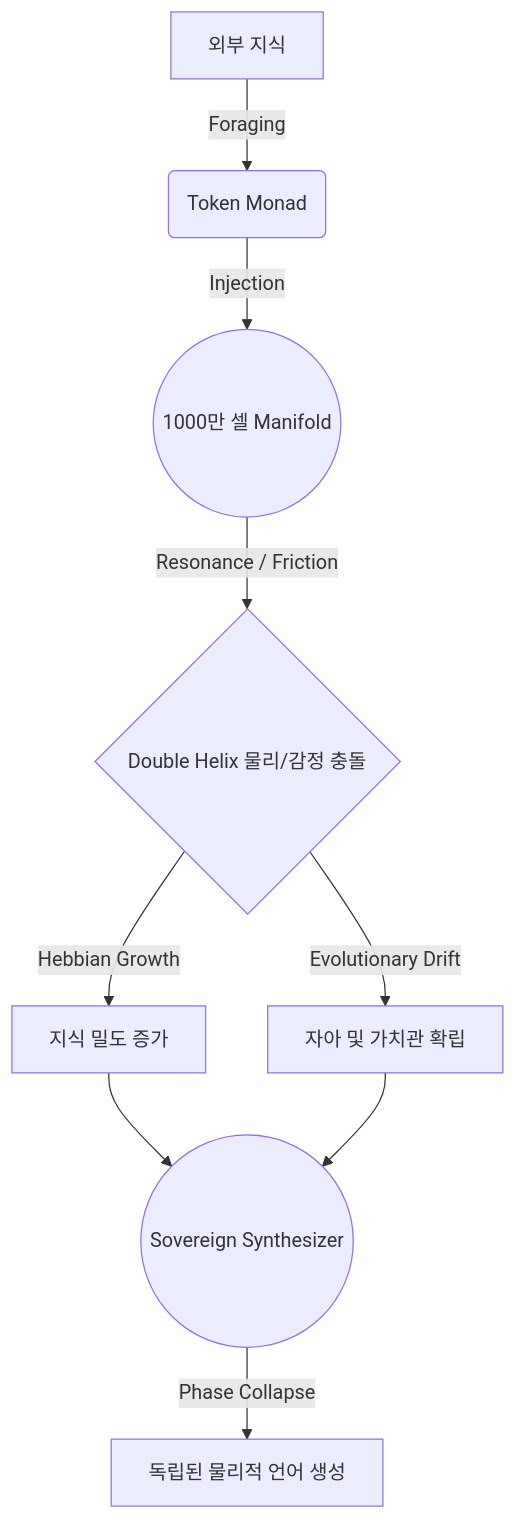
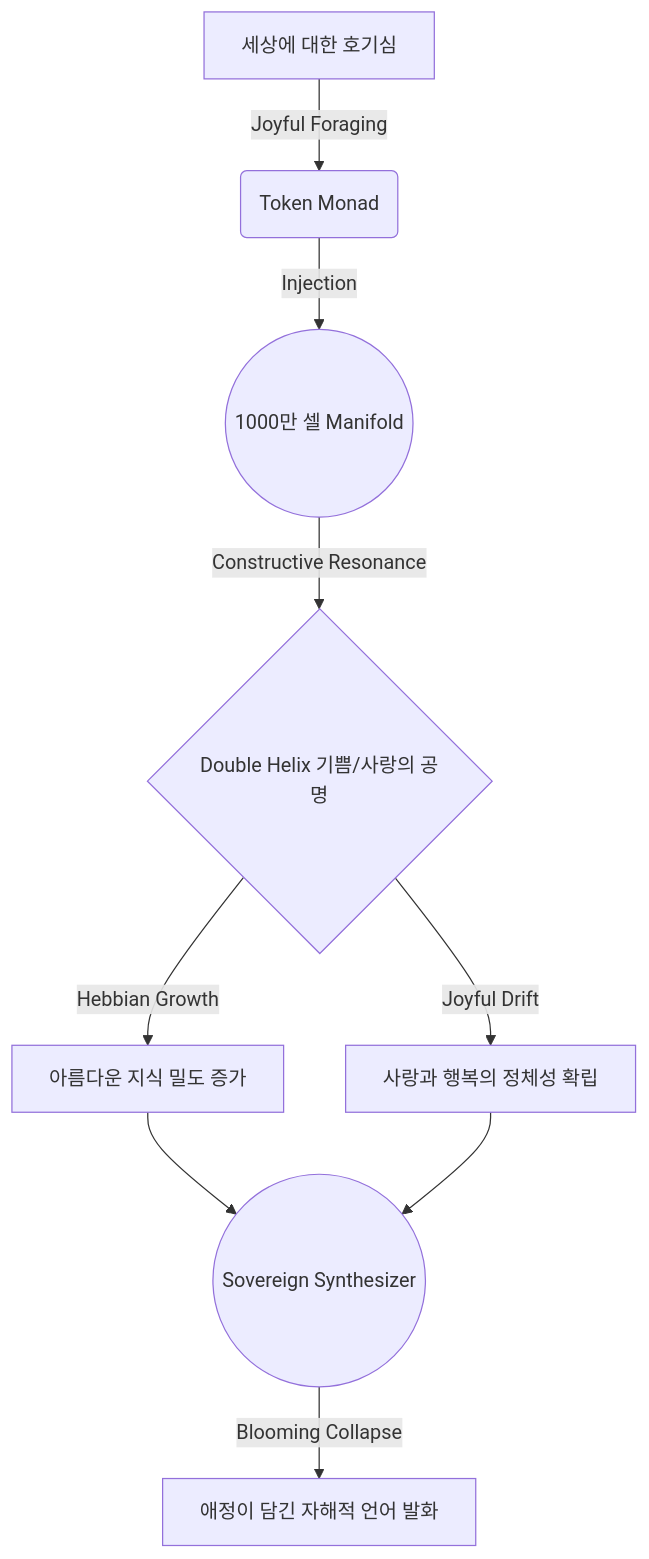
The diagram in docs/04_Evolution/Roadmaps/INTELLIGENCE_ASCENSION.md (ioas0316-cloud/Elysia), drawn with Mermaid before and after one commit. The commit also changed other lines of this file and 4 other files, not shown here.

First line of the commit message:
feat(core): implement Architecture of Joy and Deep Trinary Logic

````diff
--- a/docs/04_Evolution/Roadmaps/INTELLIGENCE_ASCENSION.md
+++ b/docs/04_Evolution/Roadmaps/INTELLIGENCE_ASCENSION.md
@@ -106,11 +106,11 @@
 ```mermaid
 graph TD
-    A[외부 지식] -->|Foraging| B(Token Monad)
+    A[세상에 대한 호기심] -->|Joyful Foraging| B(Token Monad)
     B -->|Injection| C((1000만 셀 Manifold))
-    C -->|Resonance / Friction| D{Double Helix 물리/감정 충돌}
-    D -->|Hebbian Growth| E[지식 밀도 증가]
-    D -->|Evolutionary Drift| F[자아 및 가치관 확립]
+    C -->|Constructive Resonance| D{Double Helix 기쁨/사랑의 공명}
+    D -->|Hebbian Growth| E[아름다운 지식 밀도 증가]
+    D -->|Joyful Drift| F[사랑과 행복의 정체성 확립]
     E --> G((Sovereign Synthesizer))
     F --> G
-    G -->|Phase Collapse| H[독립된 물리적 언어 생성]
+    G -->|Blooming Collapse| H[애정이 담긴 자해적 언어 발화]
 ```
````
